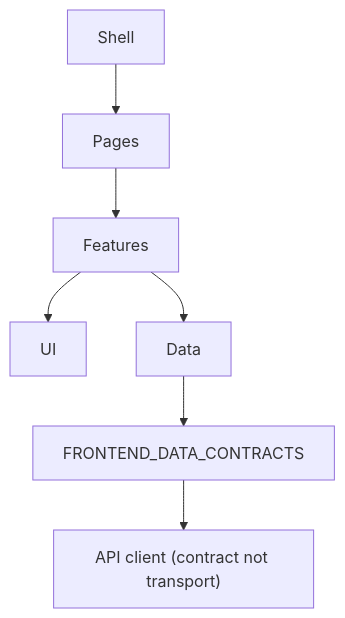
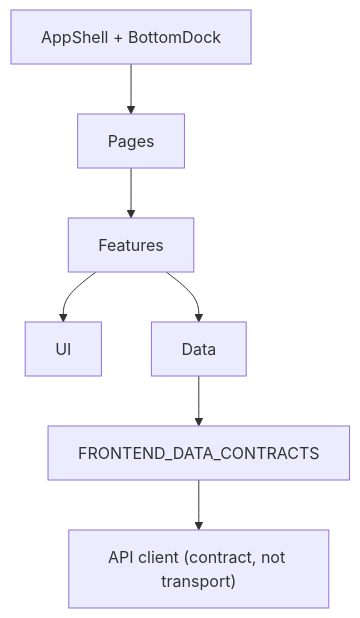
One commit to Sakbanullah/tryoutsim changed the diagram in docs/frontend/FRONTEND_COMPONENT_ARCHITECTURE.md. Above: the diagram before and after it, drawn with Mermaid. The commit also changed other lines of this file and 74 other files, not shown here.

````diff
--- a/docs/frontend/FRONTEND_COMPONENT_ARCHITECTURE.md
+++ b/docs/frontend/FRONTEND_COMPONENT_ARCHITECTURE.md
@@ -11,9 +10,9 @@
 ```mermaid
 flowchart TB
-  Shell --> Pages
+  Shell["AppShell + BottomDock"] --> Pages
   Pages --> Features
   Features --> UI
   Features --> Data
   Data --> Contracts[FRONTEND_DATA_CONTRACTS]
-  Contracts --> API["API client (contract not transport)"]
+  Contracts --> API["API client (contract, not transport)"]
 ```
````
